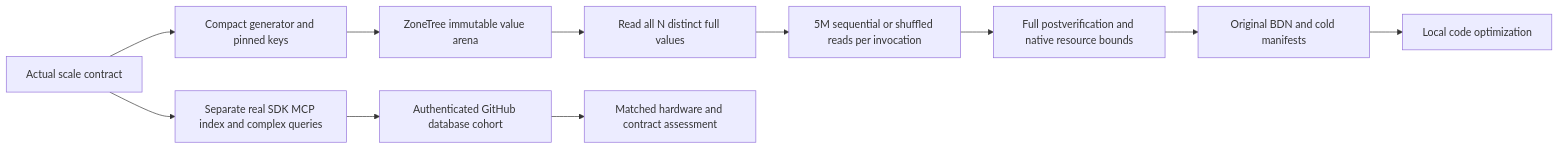
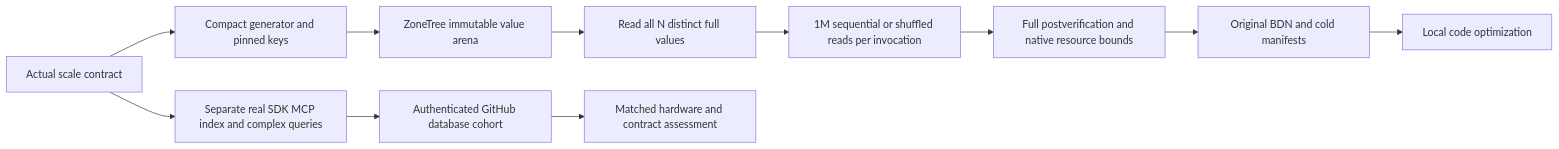
Before and after one commit to managedcode/KeyLoad: the diagram in docs/Features/BenchmarkComparisons/ScaledWorkloads.md, drawn with Mermaid. The commit also changed other lines of this file and 261 other files, not shown here.

First line of the commit message:
Checkpoint functional query flows and current implementation stages

````diff
--- a/docs/Features/BenchmarkComparisons/ScaledWorkloads.md
+++ b/docs/Features/BenchmarkComparisons/ScaledWorkloads.md
@@ -22,13 +27,13 @@
 ```mermaid
 flowchart LR
     Rule[Actual scale contract] --> Corpus[Compact generator and pinned keys]
     Corpus --> Z[ZoneTree immutable value arena]
     Z --> Oracle[Read all N distinct full values]
-    Oracle --> Calls[5M sequential or shuffled reads per invocation]
+    Oracle --> Calls[1M sequential or shuffled reads per invocation]
     Calls --> Check[Full postverification and native resource bounds]
     Check --> Originals[Original BDN and cold manifests]
     Originals --> Review[Local code optimization]
     Query --> Provider[Authenticated GitHub database cohort]
     Rule --> Query[Separate real SDK MCP index and complex queries]
     Provider --> Assessment[Matched hardware and contract assessment]
 ```
````
